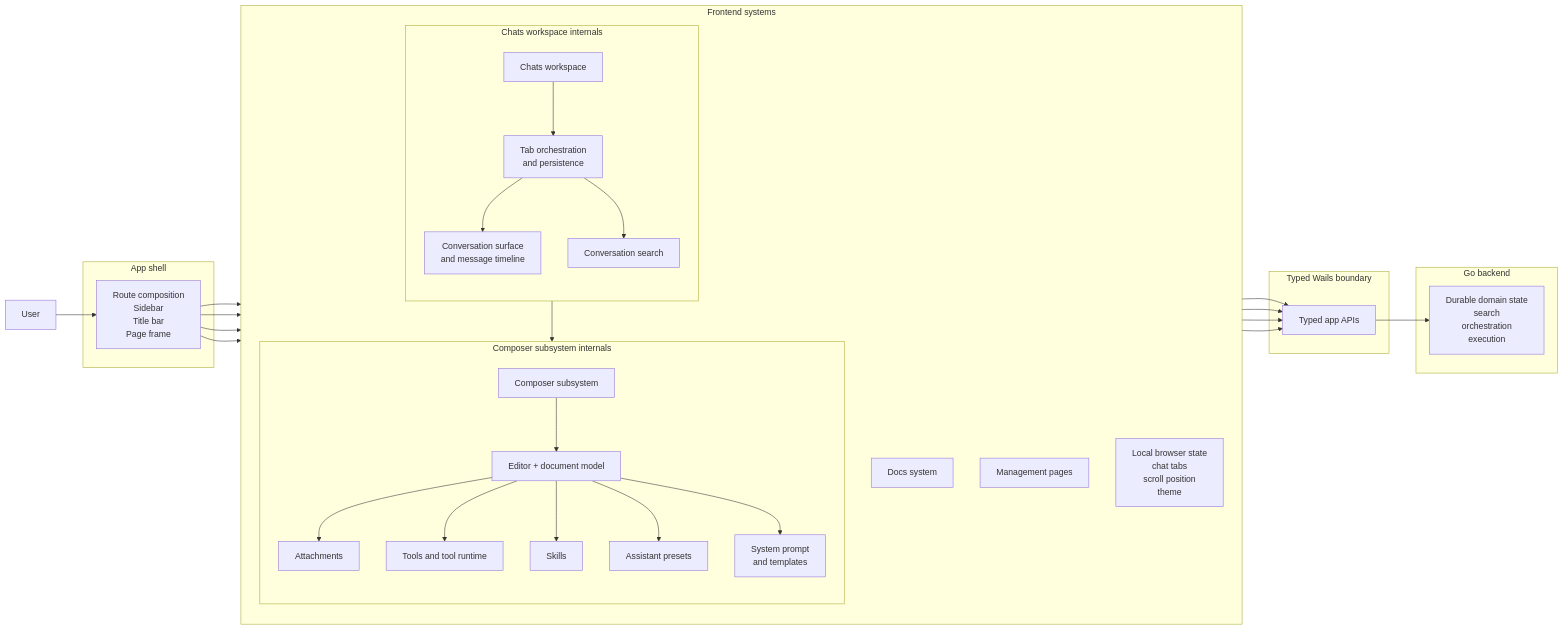
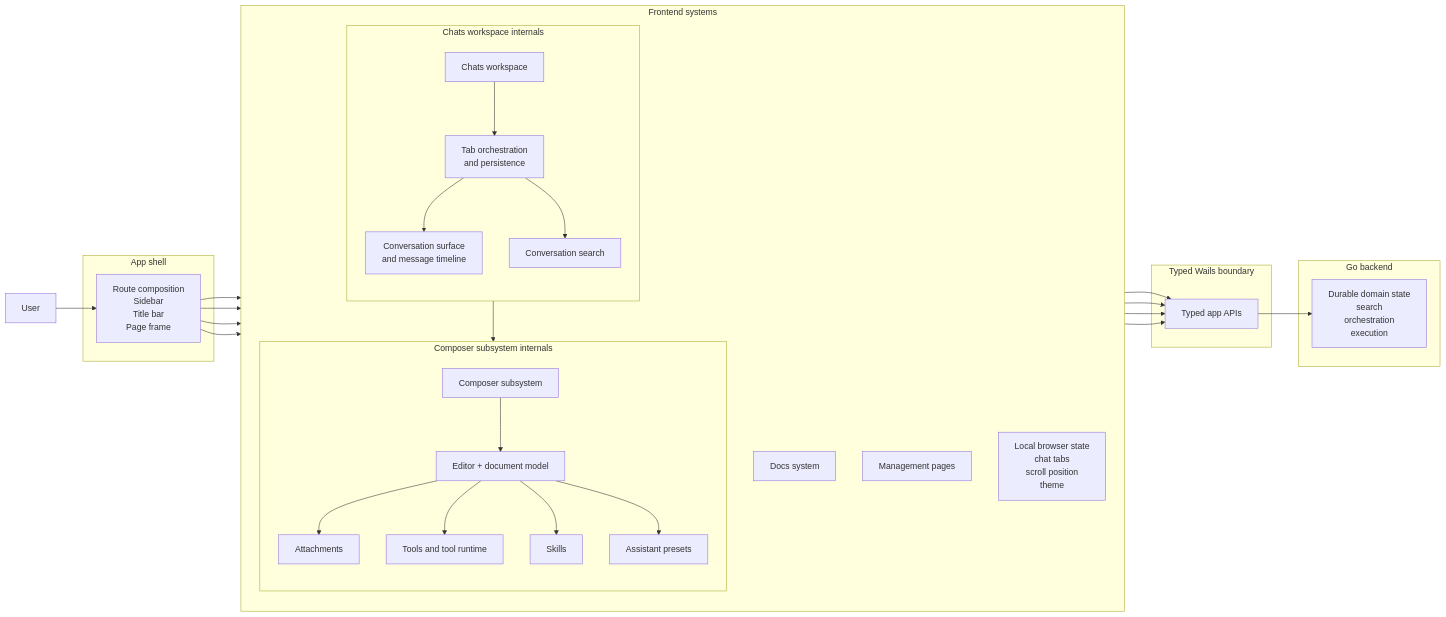
Before and after one commit to flexigpt/flexigpt-app: the diagram in frontend/app/docs/content/13-frontend-roles-and-responsibilities.md, drawn with Mermaid. The commit also changed other lines of this file and 17 other files, not shown here.

````diff
--- a/frontend/app/docs/content/13-frontend-roles-and-responsibilities.md
+++ b/frontend/app/docs/content/13-frontend-roles-and-responsibilities.md
@@ -26,69 +26,67 @@
 ```mermaid
 flowchart LR
     User[User]
 
     subgraph Shell["App shell"]
         RouteShell["Route composition<br/>Sidebar<br/>Title bar<br/>Page frame"]
     end
 
     subgraph Frontend["Frontend systems"]
         direction TB
 
         subgraph ChatsArea["Chats workspace internals"]
             direction TB
             ChatsNode["Chats workspace"]
             Tabs["Tab orchestration<br/>and persistence"]
             Timeline["Conversation surface<br/>and message timeline"]
             Search["Conversation search"]
 
             ChatsNode --> Tabs
             Tabs --> Timeline
             Tabs --> Search
         end
 
         subgraph ComposerArea["Composer subsystem internals"]
             direction TB
             ComposerNode["Composer subsystem"]
             Editor["Editor + document model"]
             Attachments["Attachments"]
             Tools["Tools and tool runtime"]
             Skills["Skills"]
             Presets["Assistant presets"]
-            SystemPrompt["System prompt<br/>and templates"]
 
             ComposerNode --> Editor
             Editor --> Attachments
             Editor --> Tools
             Editor --> Skills
             Editor --> Presets
-            Editor --> SystemPrompt
         end
 
         Docs["Docs system"]
         Admin["Management pages"]
         Local["Local browser state<br/>chat tabs<br/>scroll position<br/>theme"]
     end
 
     subgraph Boundary["Typed Wails boundary"]
         API["Typed app APIs"]
     end
 
     subgraph Backend["Go backend"]
         DomainState["Durable domain state<br/>search<br/>orchestration<br/>execution"]
     end
 
     User --> RouteShell
     RouteShell --> ChatsNode
     RouteShell --> Docs
     RouteShell --> Admin
     RouteShell --> Local
 
     Timeline --> ComposerNode
 
     ChatsNode --> API
     ComposerNode --> API
     Docs --> API
     Admin --> API
 
     API --> DomainState
 ```
````
